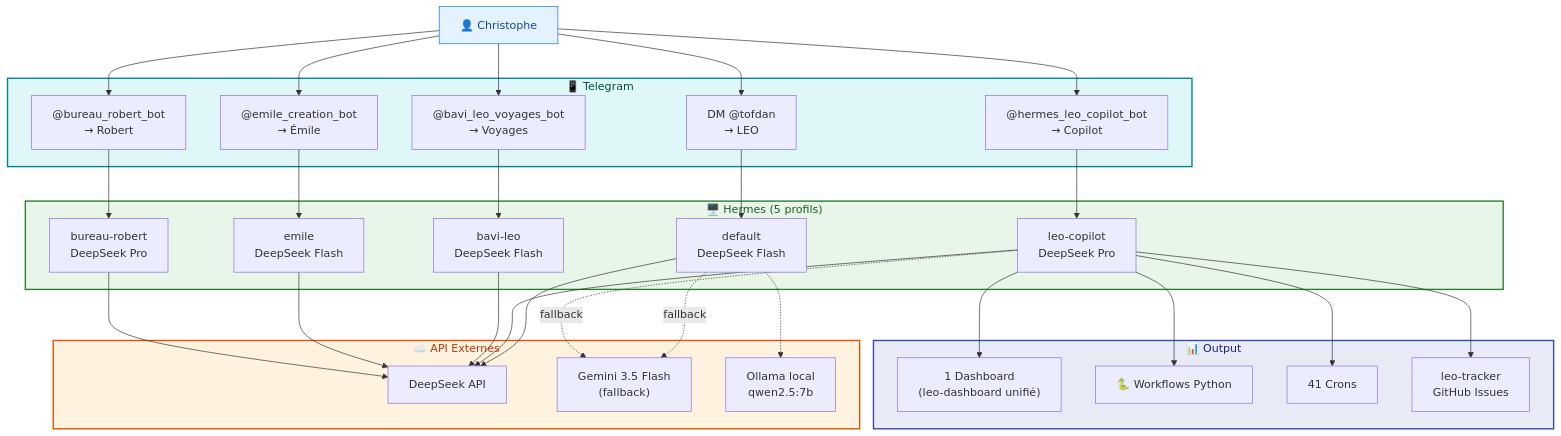
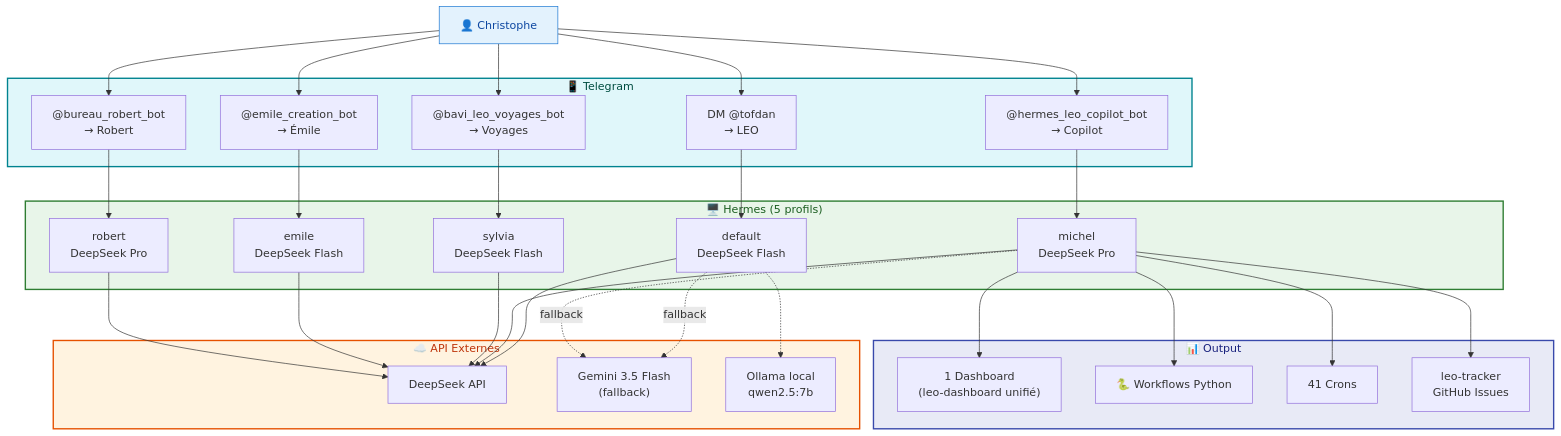
The fifth of 5 diagrams in docs/hermes/architecture-communication.md (christophedanhier-hash/hermes-wiki), drawn with Mermaid before and after one commit. The commit also changed other lines of this file and 73 other files, not shown here.

````diff
--- a/docs/hermes/architecture-communication.md
+++ b/docs/hermes/architecture-communication.md
@@ -209,66 +209,66 @@
 ```mermaid
 flowchart TB
     User["👤 Christophe"]
 
     subgraph TELEGRAM["📱 Telegram"]
         DM["DM @tofdan<br/>→ LEO"]
         COP["@hermes_leo_copilot_bot<br/>→ Copilot"]
         VOY["@bavi_leo_voyages_bot<br/>→ Voyages"]
         EMI["@emile_creation_bot<br/>→ Émile"]
         ROB["@bureau_robert_bot<br/>→ Robert"]
     end
 
     subgraph HERMES["🖥️ Hermes (5 profils)"]
         DEF["default<br/>DeepSeek Flash"]
-        LCP["leo-copilot<br/>DeepSeek Pro"]
-        BAV["bavi-leo<br/>DeepSeek Flash"]
+        LCP["michel<br/>DeepSeek Pro"]
+        BAV["sylvia<br/>DeepSeek Flash"]
         EMILE["emile<br/>DeepSeek Flash"]
-        BUR["bureau-robert<br/>DeepSeek Pro"]
+        BUR["robert<br/>DeepSeek Pro"]
     end
 
     subgraph API["☁️ API Externes"]
         DS["DeepSeek API"]
         GEM["Gemini 3.5 Flash<br/>(fallback)"]
         OLL["Ollama local<br/>qwen2.5:7b"]
     end
 
     subgraph OUTPUT["📊 Output"]
         DASH["1 Dashboard<br/>(leo-dashboard unifié)"]
         WFL["🐍 Workflows Python"]
         CRON["41 Crons"]
         ISSUES["leo-tracker<br/>GitHub Issues"]
     end
 
     User --> DM
     User --> COP
     User --> VOY
     User --> EMI
     User --> ROB
 
     DM --> DEF
     COP --> LCP
     VOY --> BAV
     EMI --> EMILE
     ROB --> BUR
 
     DEF --> DS
     LCP --> DS
     BAV --> DS
     EMILE --> DS
     BUR --> DS
 
     DEF -.->|"fallback"| GEM
     DEF -.-> OLL
     LCP -.->|"fallback"| GEM
 
     LCP --> DASH
     LCP --> WFL
     LCP --> CRON
     LCP --> ISSUES
 
     style User fill:#e3f2fd,stroke:#1976d2,color:#0d47a1
     style TELEGRAM fill:#e0f7fa,stroke:#00838f,stroke-width:2px,color:#004d40
     style HERMES fill:#e8f5e9,stroke:#2e7d32,stroke-width:2px,color:#1b5e20
     style API fill:#fff3e0,stroke:#e65100,stroke-width:2px,color:#bf360c
     style OUTPUT fill:#e8eaf6,stroke:#3949ab,stroke-width:2px,color:#1a237e
 ```
````
